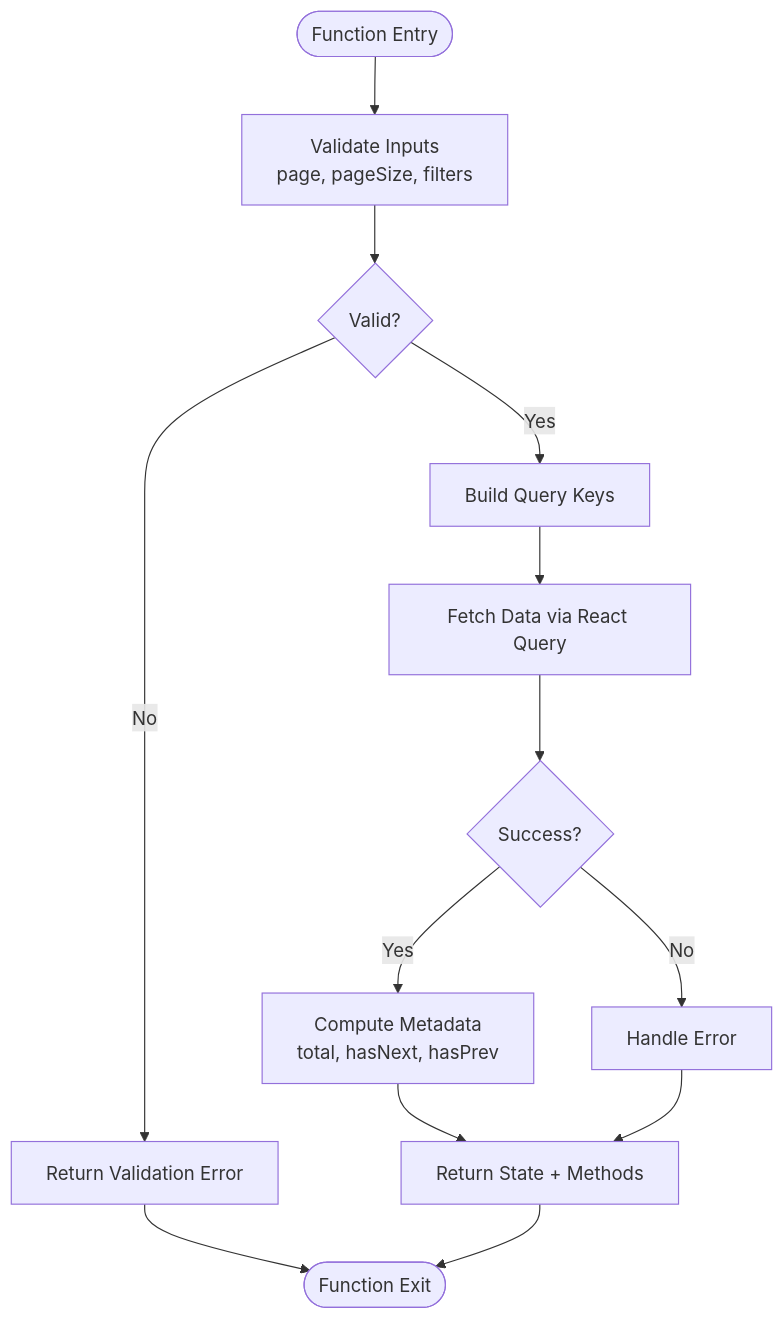
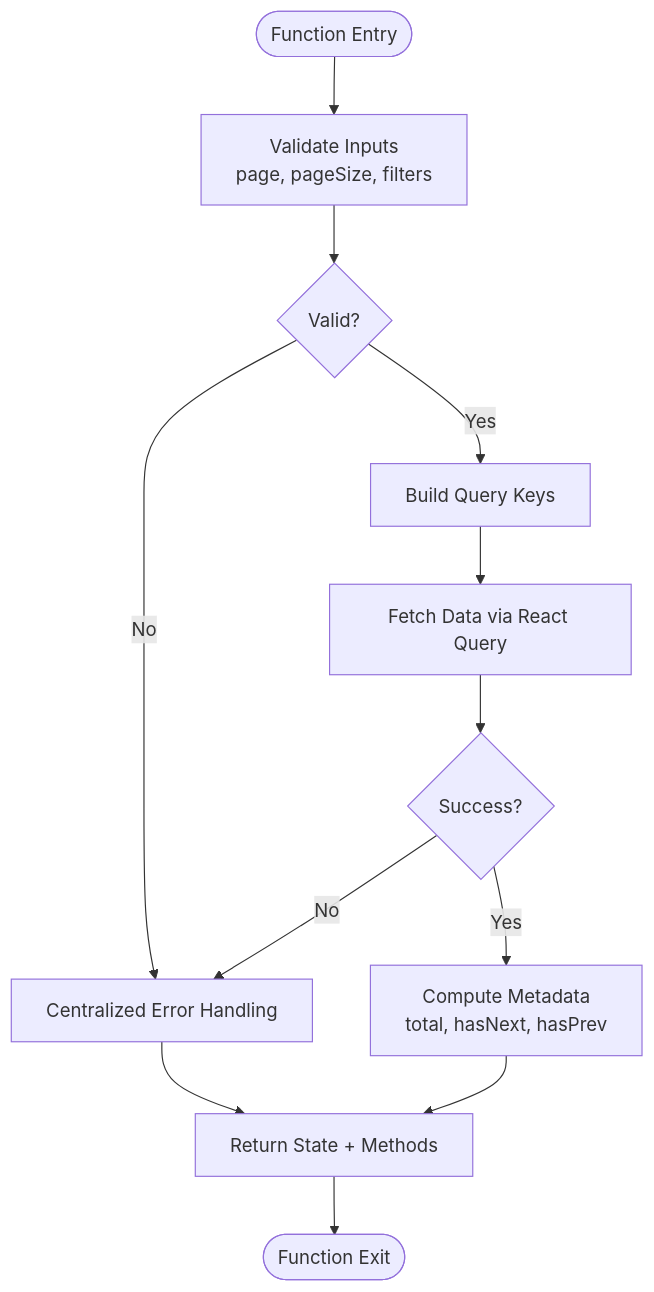
The fifth of 6 diagrams in .qoder/repowiki/en/content/System Architecture/Frontend Architecture/State Management/Custom Hooks Patterns.md (franckylab/eLISAschool), drawn with Mermaid before and after one commit. The commit also changed other lines of this file and 455 other files, not shown here.

````diff
--- a/.qoder/repowiki/en/content/System Architecture/Frontend Architecture/State Management/Custom Hooks Patterns.md
+++ b/.qoder/repowiki/en/content/System Architecture/Frontend Architecture/State Management/Custom Hooks Patterns.md
@@ -309,15 +346,14 @@
 ```mermaid
 flowchart TD
 Start(["Function Entry"]) --> Validate["Validate Inputs<br/>page, pageSize, filters"]
 Validate --> Valid{"Valid?"}
-Valid --> |No| ReturnErr["Return Validation Error"]
+Valid --> |No| HandleErr["Centralized Error Handling"]
 Valid --> |Yes| BuildKeys["Build Query Keys"]
 BuildKeys --> Fetch["Fetch Data via React Query"]
 Fetch --> Result{"Success?"}
-Result --> |No| HandleErr["Handle Error"]
+Result --> |No| HandleErr["Centralized Error Handling"]
 Result --> |Yes| ComputeMeta["Compute Metadata<br/>total, hasNext, hasPrev"]
 ComputeMeta --> ReturnRes["Return State + Methods"]
 HandleErr --> ReturnRes
-ReturnErr --> End(["Function Exit"])
-ReturnRes --> End
+ReturnRes --> End(["Function Exit"])
 ```
````
